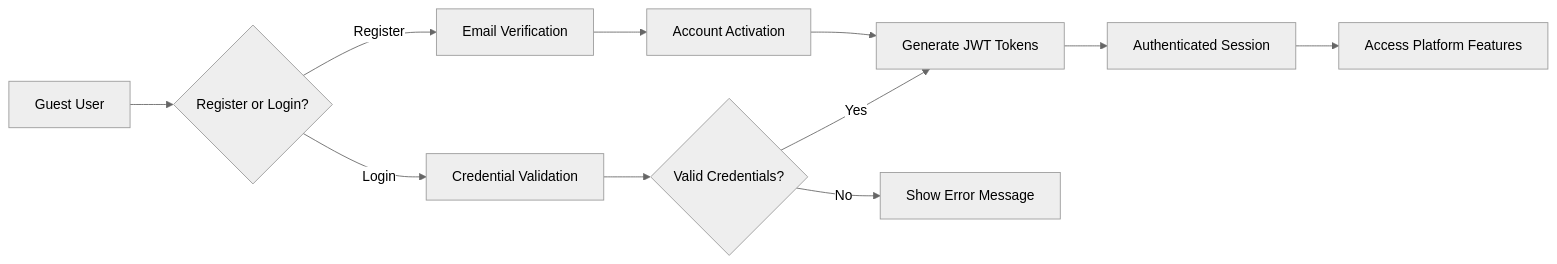
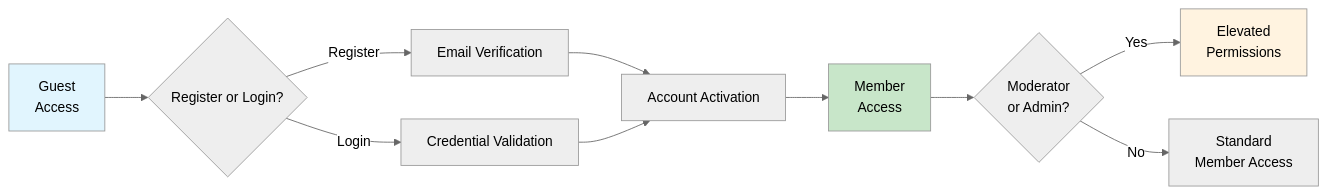
Before and after one commit to wrtnlabs/autobe-examples: the second of 2 diagrams in deepseek/deepseek-v3.1-terminus-exacto/reddit/docs/analysis/02-user-actors-authentication.md, drawn with Mermaid (neutral theme). The commit also changed other lines of this file and 22498 other files, not shown here.

````diff
--- a/deepseek/deepseek-v3.1-terminus-exacto/reddit/docs/analysis/02-user-actors-authentication.md
+++ b/deepseek/deepseek-v3.1-terminus-exacto/reddit/docs/analysis/02-user-actors-authentication.md
@@ -79,13 +267,16 @@
 ```mermaid
 graph LR
-  A["Guest User"] --> B{"Register or Login?"}
-  B -->|Register| C["Email Verification"]
-  B -->|Login| D["Credential Validation"]
-  C --> E["Account Activation"]
-  D --> F{"Valid Credentials?"}
-  F -->|Yes| G["Generate JWT Tokens"]
-  F -->|No| H["Show Error Message"]
-  E --> G
-  G --> I["Authenticated Session"]
-  I --> J["Access Platform Features"]
+    A["Guest<br/>Access"] --> B{"Register or Login?"}
+    B -->|"Register"| C["Email Verification"]
+    B -->|"Login"| D["Credential Validation"]
+    C --> E["Account Activation"]
+    D --> E
+    E --> F["Member<br/>Access"]
+    F --> G{"Moderator<br/>or Admin?"}
+    G -->|"Yes"| H["Elevated<br/>Permissions"]
+    G -->|"No"| I["Standard<br/>Member Access"]
+    
+    style A fill:#e1f5fe
+    style F fill:#c8e6c9
+    style H fill:#fff3e0
 ```
````
